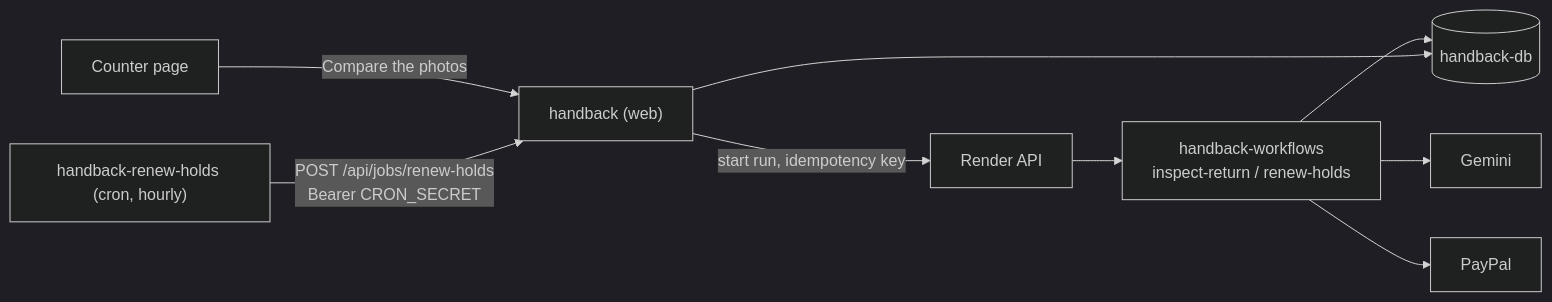
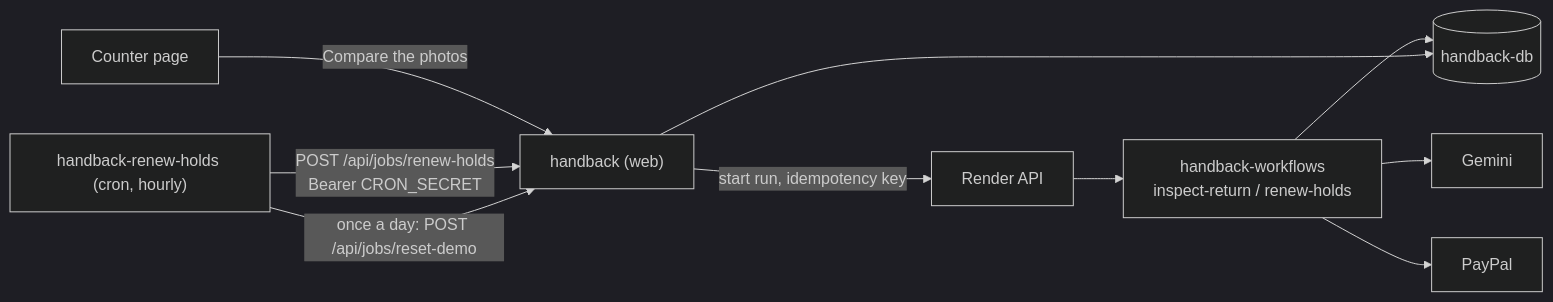
The diagram in docs/deploy.md (ZNLong2203/handback), drawn with Mermaid (dark theme) before and after one commit. The commit also changed other lines of this file and 4 other files, not shown here.

First line of the commit message:
docs: document the daily demo reset and wire it in render.yaml

````diff
--- a/docs/deploy.md
+++ b/docs/deploy.md
@@ -20,11 +20,12 @@
 ```mermaid
 flowchart LR
   counter["Counter page"] -->|"Compare the photos"| web["handback (web)"]
   cron["handback-renew-holds (cron, hourly)"] -->|"POST /api/jobs/renew-holds<br/>Bearer CRON_SECRET"| web
+  cron -->|"once a day: POST /api/jobs/reset-demo"| web
   web -->|"start run, idempotency key"| api["Render API"]
   api --> wf["handback-workflows<br/>inspect-return / renew-holds"]
   wf --> db[("handback-db")]
   wf --> gemini["Gemini"]
   wf --> paypal["PayPal"]
   web --> db
 ```
````
